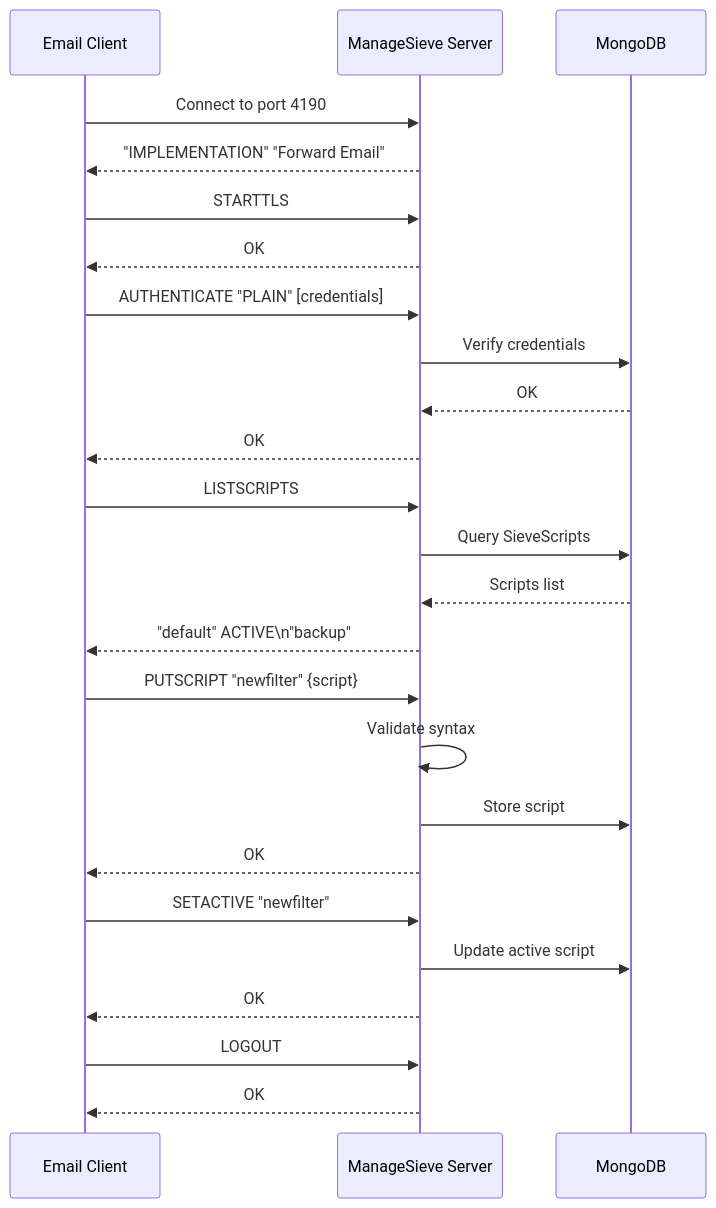
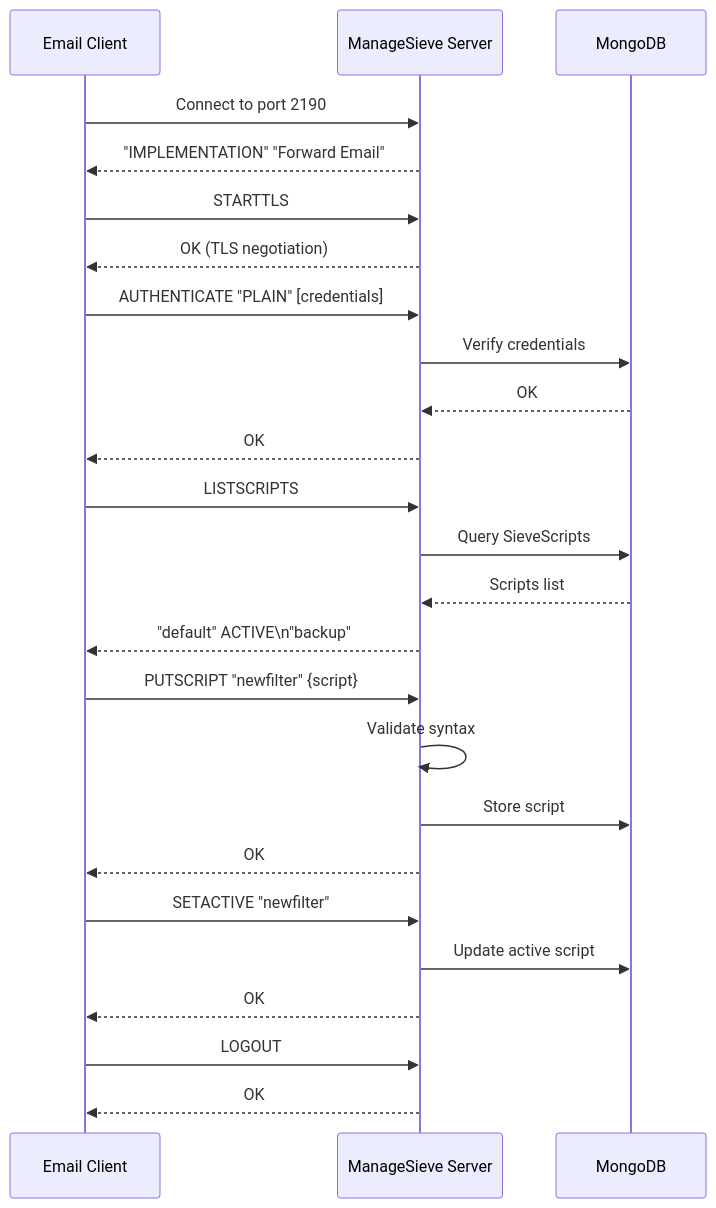
Before and after one commit to forwardemail/forwardemail.net: the tenth of 16 diagrams in app/views/docs/email-protocols-rfc-compliance-imap-smtp-pop3-comparison/index.md, drawn with Mermaid. The commit also changed other lines of this file and 32 other files, not shown here.

````diff
--- a/app/views/docs/email-protocols-rfc-compliance-imap-smtp-pop3-comparison/index.md
+++ b/app/views/docs/email-protocols-rfc-compliance-imap-smtp-pop3-comparison/index.md
@@ -1315,32 +1317,32 @@
 ```mermaid
 sequenceDiagram
     participant Client as Email Client
     participant MS as ManageSieve Server
     participant DB as MongoDB
 
-    Client->>MS: Connect to port 4190
+    Client->>MS: Connect to port 2190
     MS-->>Client: "IMPLEMENTATION" "Forward Email"
     Client->>MS: STARTTLS
-    MS-->>Client: OK
+    MS-->>Client: OK (TLS negotiation)
     Client->>MS: AUTHENTICATE "PLAIN" [credentials]
     MS->>DB: Verify credentials
     DB-->>MS: OK
     MS-->>Client: OK
 
     Client->>MS: LISTSCRIPTS
     MS->>DB: Query SieveScripts
     DB-->>MS: Scripts list
     MS-->>Client: "default" ACTIVE\n"backup"
 
     Client->>MS: PUTSCRIPT "newfilter" {script}
     MS->>MS: Validate syntax
     MS->>DB: Store script
     MS-->>Client: OK
 
     Client->>MS: SETACTIVE "newfilter"
     MS->>DB: Update active script
     MS-->>Client: OK
 
     Client->>MS: LOGOUT
     MS-->>Client: OK
 ```
````
